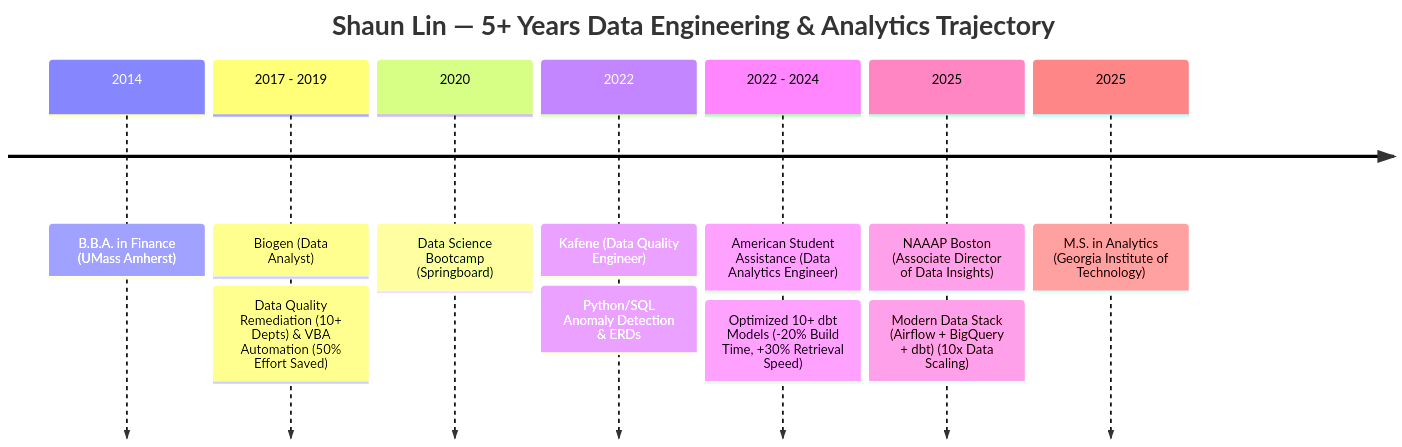
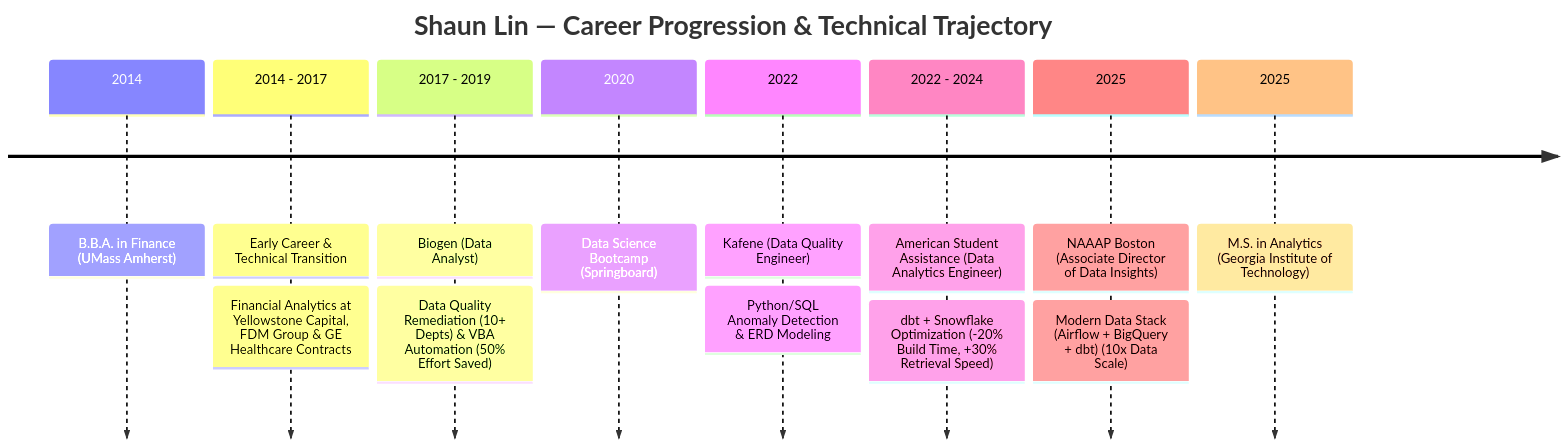
The diagram in README.md (ShaunDataAnalytics/ShaunDataAnalytics), drawn with Mermaid before and after one commit. The commit also changed other lines of this file, not shown here.

Commit message:
docs: Add 2014-2017 Early Career milestone to profile README

````diff
--- a/README.md
+++ b/README.md
@@ -21,11 +21,12 @@
 ```mermaid
 timeline
-    title Shaun Lin — 5+ Years Data Engineering & Analytics Trajectory
+    title Shaun Lin — Career Progression & Technical Trajectory
     2014 : B.B.A. in Finance (UMass Amherst)
+    2014 - 2017 : Early Career & Technical Transition : Financial Analytics at Yellowstone Capital, FDM Group & GE Healthcare Contracts
     2017 - 2019 : Biogen (Data Analyst) : Data Quality Remediation (10+ Depts) & VBA Automation (50% Effort Saved)
     2020 : Data Science Bootcamp (Springboard)
-    2022 : Kafene (Data Quality Engineer) : Python/SQL Anomaly Detection & ERDs
-    2022 - 2024 : American Student Assistance (Data Analytics Engineer) : Optimized 10+ dbt Models (-20% Build Time, +30% Retrieval Speed)
-    2025 : NAAAP Boston (Associate Director of Data Insights) : Modern Data Stack (Airflow + BigQuery + dbt) (10x Data Scaling)
+    2022 : Kafene (Data Quality Engineer) : Python/SQL Anomaly Detection & ERD Modeling
+    2022 - 2024 : American Student Assistance (Data Analytics Engineer) : dbt + Snowflake Optimization (-20% Build Time, +30% Retrieval Speed)
+    2025 : NAAAP Boston (Associate Director of Data Insights) : Modern Data Stack (Airflow + BigQuery + dbt) (10x Data Scale)
     2025 : M.S. in Analytics (Georgia Institute of Technology)
 ```
````
